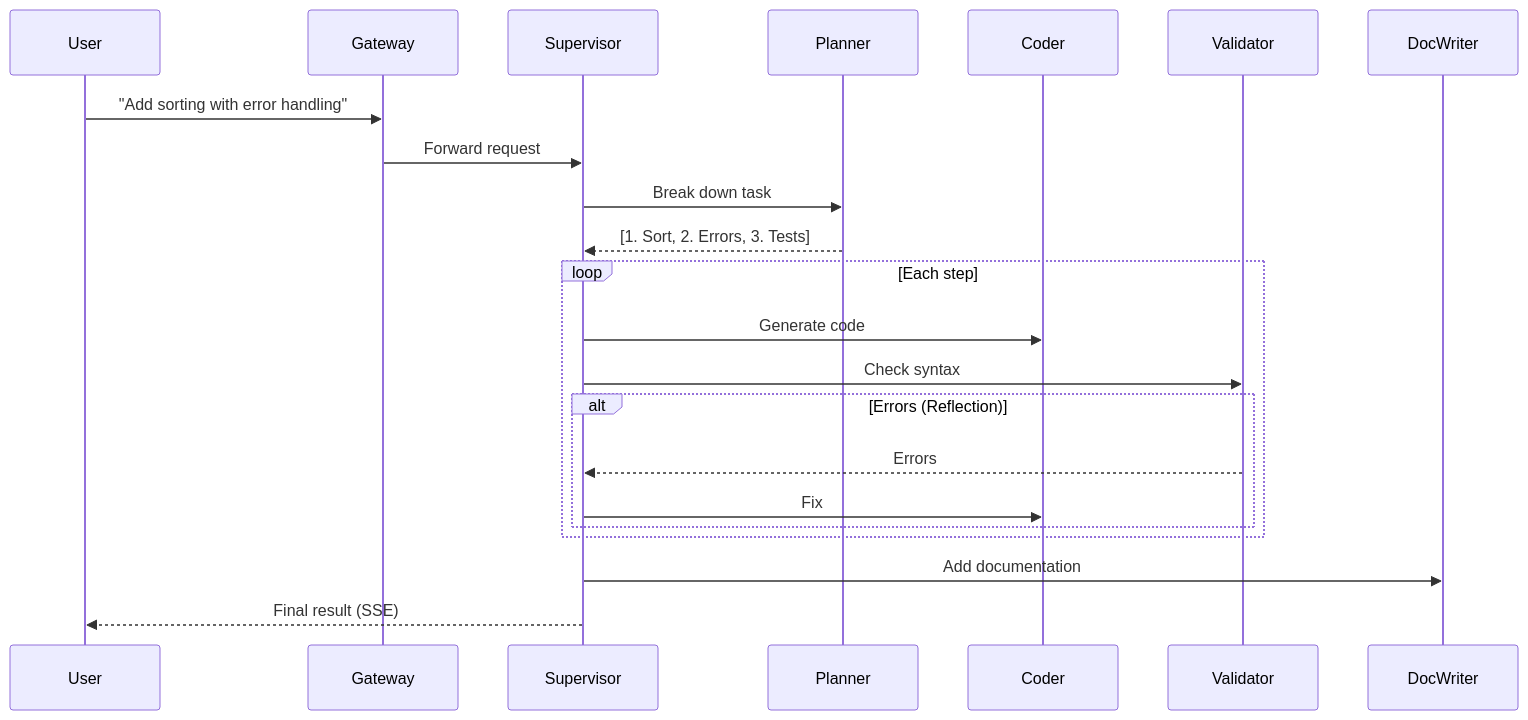
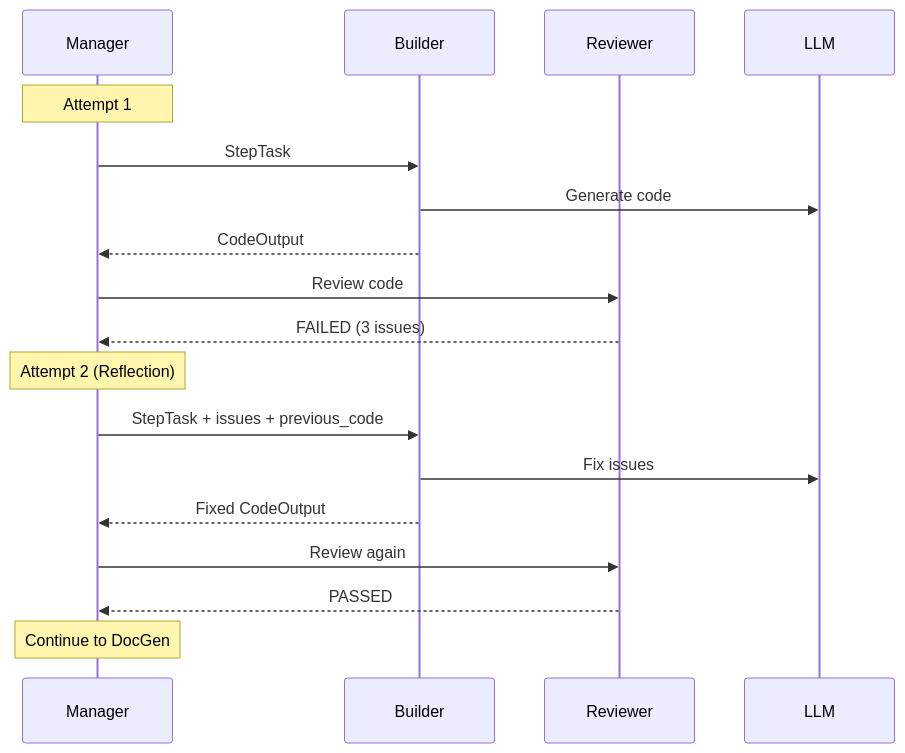
Before and after one commit to aregmii/langgraph-agentic-dev-starter: the fourth of 4 diagrams in README.md, drawn with Mermaid. The commit also changed other lines of this file and 24 other files, not shown here.

````diff
--- a/README.md
+++ b/README.md
@@ -78,28 +217,25 @@
 ```mermaid
 sequenceDiagram
-    participant User
-    participant Gateway
-    participant Supervisor
-    participant Planner
-    participant Coder
-    participant Validator
-    participant DocWriter
+    participant Manager
+    participant Builder
+    participant Reviewer
+    participant LLM
 
-    User->>Gateway: "Add sorting with error handling"
-    Gateway->>Supervisor: Forward request
+    Note over Manager: Attempt 1
+    Manager->>Builder: StepTask
+    Builder->>LLM: Generate code
+    Builder-->>Manager: CodeOutput
 
-    Supervisor->>Planner: Break down task
-    Planner-->>Supervisor: [1. Sort, 2. Errors, 3. Tests]
+    Manager->>Reviewer: Review code
+    Reviewer-->>Manager: FAILED (3 issues)
 
-    loop Each step
-        Supervisor->>Coder: Generate code
-        Supervisor->>Validator: Check syntax
-        alt Errors (Reflection)
-            Validator-->>Supervisor: Errors
-            Supervisor->>Coder: Fix
-        end
-    end
+    Note over Manager: Attempt 2 (Reflection)
+    Manager->>Builder: StepTask + issues + previous_code
+    Builder->>LLM: Fix issues
+    Builder-->>Manager: Fixed CodeOutput
 
-    Supervisor->>DocWriter: Add documentation
-    Supervisor-->>User: Final result (SSE)
+    Manager->>Reviewer: Review again
+    Reviewer-->>Manager: PASSED
+
+    Note over Manager: Continue to DocGen
 ```
````
